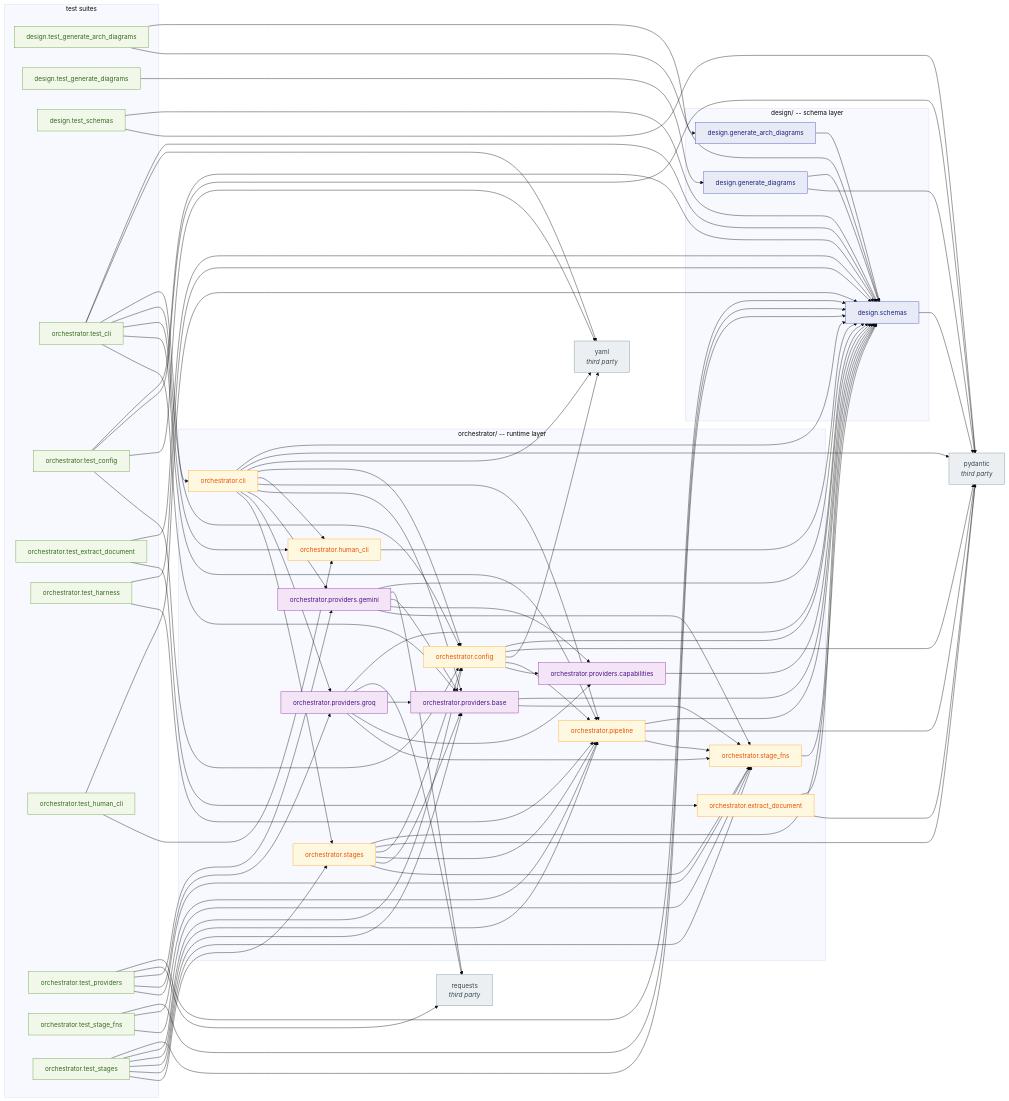
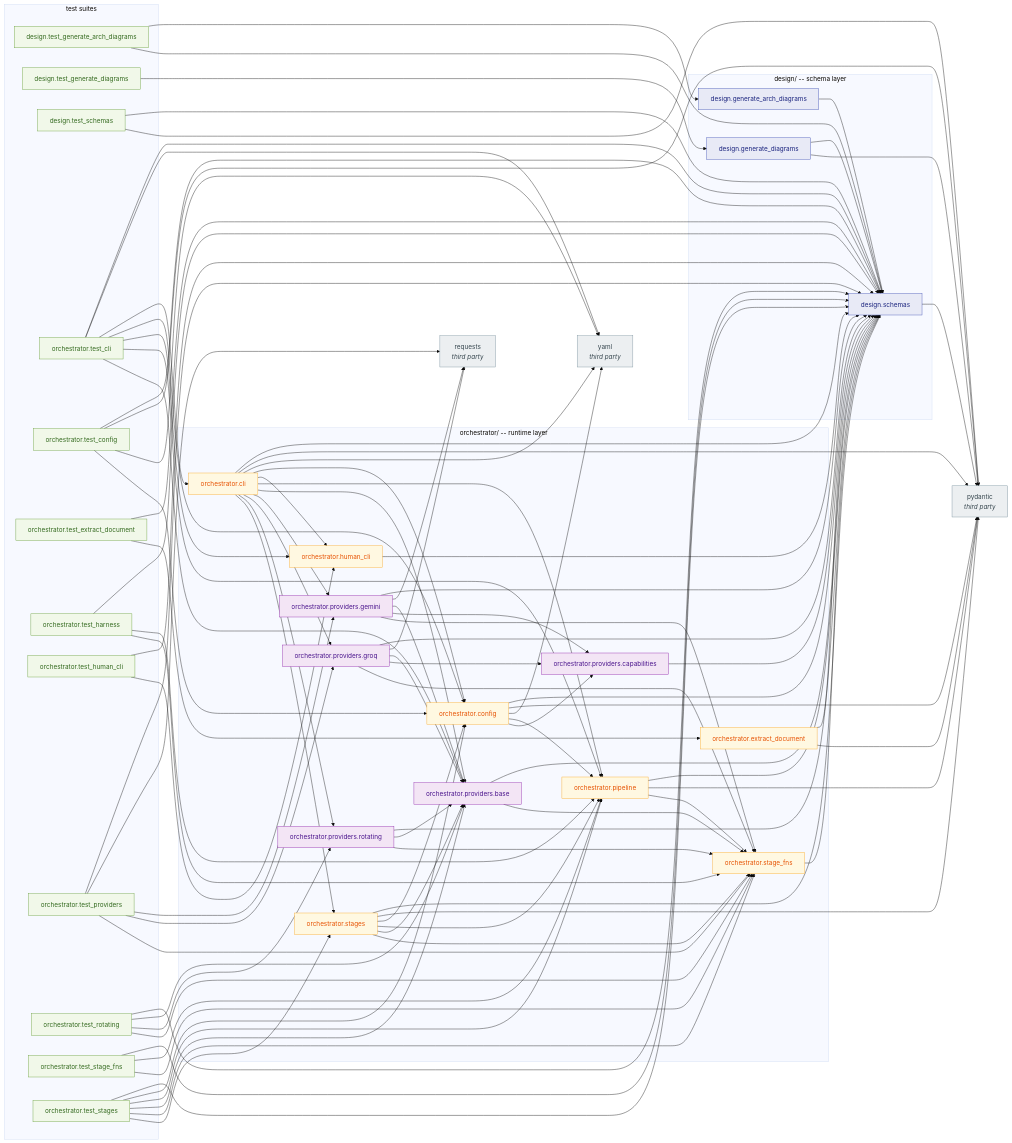
One commit to Mohamed-Elmaadawy/Masters_2 changed the diagram in design/diagrams/modules.mermaid. Above: the diagram before and after it, drawn with Mermaid (base theme). The commit also changed 9 other files, not shown here.

```diff
--- a/design/diagrams/modules.mermaid
+++ b/design/diagrams/modules.mermaid
@@ -1,132 +1,143 @@
 %% GENERATED by design/generate_arch_diagrams.py -- do not edit by hand.
 %% Rerun after any structural change to design/ or orchestrator/.
 
 %% Import graph. Fully introspected with ast.parse -- cannot drift. Arrows point from importer to imported.
 flowchart LR
     subgraph design_____schema_layer["design/ -- schema layer"]
         design_generate_arch_diagrams["design.generate_arch_diagrams"]
         design_generate_diagrams["design.generate_diagrams"]
         design_schemas["design.schemas"]
     end
     subgraph orchestrator_____runtime_layer["orchestrator/ -- runtime layer"]
         orchestrator_cli["orchestrator.cli"]
         orchestrator_config["orchestrator.config"]
         orchestrator_extract_document["orchestrator.extract_document"]
         orchestrator_human_cli["orchestrator.human_cli"]
         orchestrator_pipeline["orchestrator.pipeline"]
         orchestrator_providers_base["orchestrator.providers.base"]
         orchestrator_providers_capabilities["orchestrator.providers.capabilities"]
         orchestrator_providers_gemini["orchestrator.providers.gemini"]
         orchestrator_providers_groq["orchestrator.providers.groq"]
+        orchestrator_providers_rotating["orchestrator.providers.rotating"]
         orchestrator_stage_fns["orchestrator.stage_fns"]
         orchestrator_stages["orchestrator.stages"]
     end
     subgraph test_suites["test suites"]
         design_test_generate_arch_diagrams["design.test_generate_arch_diagrams"]
         design_test_generate_diagrams["design.test_generate_diagrams"]
         design_test_schemas["design.test_schemas"]
         orchestrator_test_cli["orchestrator.test_cli"]
         orchestrator_test_config["orchestrator.test_config"]
         orchestrator_test_extract_document["orchestrator.test_extract_document"]
         orchestrator_test_harness["orchestrator.test_harness"]
         orchestrator_test_human_cli["orchestrator.test_human_cli"]
         orchestrator_test_providers["orchestrator.test_providers"]
+        orchestrator_test_rotating["orchestrator.test_rotating"]
         orchestrator_test_stage_fns["orchestrator.test_stage_fns"]
         orchestrator_test_stages["orchestrator.test_stages"]
     end
     ext_pydantic["pydantic<br/><i>third party</i>"]
     ext_requests["requests<br/><i>third party</i>"]
     ext_yaml["yaml<br/><i>third party</i>"]
 
     design_generate_arch_diagrams --> design_schemas
     design_generate_diagrams --> design_schemas
     design_generate_diagrams --> ext_pydantic
     design_schemas --> ext_pydantic
     design_test_generate_arch_diagrams --> design_generate_arch_diagrams
     design_test_generate_arch_diagrams --> design_schemas
     design_test_generate_diagrams --> design_generate_diagrams
     design_test_schemas --> design_schemas
     design_test_schemas --> ext_pydantic
     orchestrator_cli --> design_schemas
     orchestrator_cli --> ext_pydantic
     orchestrator_cli --> ext_yaml
     orchestrator_cli --> orchestrator_config
     orchestrator_cli --> orchestrator_human_cli
     orchestrator_cli --> orchestrator_pipeline
     orchestrator_cli --> orchestrator_providers_base
     orchestrator_cli --> orchestrator_providers_gemini
     orchestrator_cli --> orchestrator_providers_groq
+    orchestrator_cli --> orchestrator_providers_rotating
     orchestrator_cli --> orchestrator_stages
     orchestrator_config --> design_schemas
     orchestrator_config --> ext_pydantic
     orchestrator_config --> ext_yaml
     orchestrator_config --> orchestrator_pipeline
     orchestrator_config --> orchestrator_providers_capabilities
     orchestrator_extract_document --> design_schemas
     orchestrator_extract_document --> ext_pydantic
     orchestrator_human_cli --> design_schemas
     orchestrator_pipeline --> design_schemas
     orchestrator_pipeline --> ext_pydantic
     orchestrator_pipeline --> orchestrator_stage_fns
     orchestrator_providers_base --> design_schemas
     orchestrator_providers_base --> orchestrator_stage_fns
     orchestrator_providers_capabilities --> design_schemas
     orchestrator_providers_gemini --> design_schemas
     orchestrator_providers_gemini --> ext_requests
     orchestrator_providers_gemini --> orchestrator_providers_base
     orchestrator_providers_gemini --> orchestrator_providers_capabilities
     orchestrator_providers_gemini --> orchestrator_stage_fns
     orchestrator_providers_groq --> design_schemas
     orchestrator_providers_groq --> ext_requests
     orchestrator_providers_groq --> orchestrator_providers_base
     orchestrator_providers_groq --> orchestrator_providers_capabilities
     orchestrator_providers_groq --> orchestrator_stage_fns
+    orchestrator_providers_rotating --> design_schemas
+    orchestrator_providers_rotating --> orchestrator_providers_base
+    orchestrator_providers_rotating --> orchestrator_stage_fns
     orchestrator_stage_fns --> design_schemas
     orchestrator_stages --> design_schemas
     orchestrator_stages --> ext_pydantic
     orchestrator_stages --> orchestrator_config
     orchestrator_stages --> orchestrator_pipeline
     orchestrator_stages --> orchestrator_providers_base
     orchestrator_stages --> orchestrator_stage_fns
     orchestrator_test_cli --> design_schemas
     orchestrator_test_cli --> ext_yaml
     orchestrator_test_cli --> orchestrator_cli
     orchestrator_test_cli --> orchestrator_config
     orchestrator_test_cli --> orchestrator_human_cli
     orchestrator_test_cli --> orchestrator_pipeline
     orchestrator_test_cli --> orchestrator_providers_base
     orchestrator_test_config --> design_schemas
     orchestrator_test_config --> ext_pydantic
     orchestrator_test_config --> ext_yaml
     orchestrator_test_config --> orchestrator_config
     orchestrator_test_extract_document --> design_schemas
     orchestrator_test_extract_document --> orchestrator_extract_document
     orchestrator_test_harness --> design_schemas
     orchestrator_test_harness --> orchestrator_pipeline
+    orchestrator_test_harness --> orchestrator_stage_fns
     orchestrator_test_human_cli --> design_schemas
     orchestrator_test_human_cli --> orchestrator_human_cli
     orchestrator_test_providers --> design_schemas
     orchestrator_test_providers --> ext_requests
     orchestrator_test_providers --> orchestrator_providers_gemini
     orchestrator_test_providers --> orchestrator_providers_groq
     orchestrator_test_providers --> orchestrator_stage_fns
+    orchestrator_test_rotating --> design_schemas
+    orchestrator_test_rotating --> orchestrator_providers_base
+    orchestrator_test_rotating --> orchestrator_providers_rotating
+    orchestrator_test_rotating --> orchestrator_stage_fns
     orchestrator_test_stage_fns --> design_schemas
     orchestrator_test_stage_fns --> orchestrator_pipeline
     orchestrator_test_stage_fns --> orchestrator_stage_fns
     orchestrator_test_stages --> design_schemas
     orchestrator_test_stages --> orchestrator_config
     orchestrator_test_stages --> orchestrator_pipeline
     orchestrator_test_stages --> orchestrator_providers_base
     orchestrator_test_stages --> orchestrator_stage_fns
     orchestrator_test_stages --> orchestrator_stages
 
     classDef schema fill:#e8eaf6,stroke:#3f51b5,color:#1a237e
     class design_generate_arch_diagrams,design_generate_diagrams,design_schemas schema
     classDef req fill:#fff8e1,stroke:#f9a825,color:#e65100
     class orchestrator_cli,orchestrator_config,orchestrator_extract_document,orchestrator_human_cli,orchestrator_pipeline,orchestrator_stage_fns,orchestrator_stages req
     classDef test fill:#f1f8e9,stroke:#689f38,color:#33691e
-    class design_test_generate_arch_diagrams,design_test_generate_diagrams,design_test_schemas,orchestrator_test_cli,orchestrator_test_config,orchestrator_test_extract_document,orchestrator_test_harness,orchestrator_test_human_cli,orchestrator_test_providers,orchestrator_test_stage_fns,orchestrator_test_stages test
+    class design_test_generate_arch_diagrams,design_test_generate_diagrams,design_test_schemas,orchestrator_test_cli,orchestrator_test_config,orchestrator_test_extract_document,orchestrator_test_harness,orchestrator_test_human_cli,orchestrator_test_providers,orchestrator_test_rotating,orchestrator_test_stage_fns,orchestrator_test_stages test
     classDef provider fill:#f3e5f5,stroke:#8e24aa,color:#4a148c
-    class orchestrator_providers_base,orchestrator_providers_capabilities,orchestrator_providers_gemini,orchestrator_providers_groq provider
+    class orchestrator_providers_base,orchestrator_providers_capabilities,orchestrator_providers_gemini,orchestrator_providers_groq,orchestrator_providers_rotating provider
     classDef ext fill:#eceff1,stroke:#78909c,color:#37474f
     class ext_pydantic,ext_requests,ext_yaml ext
```
